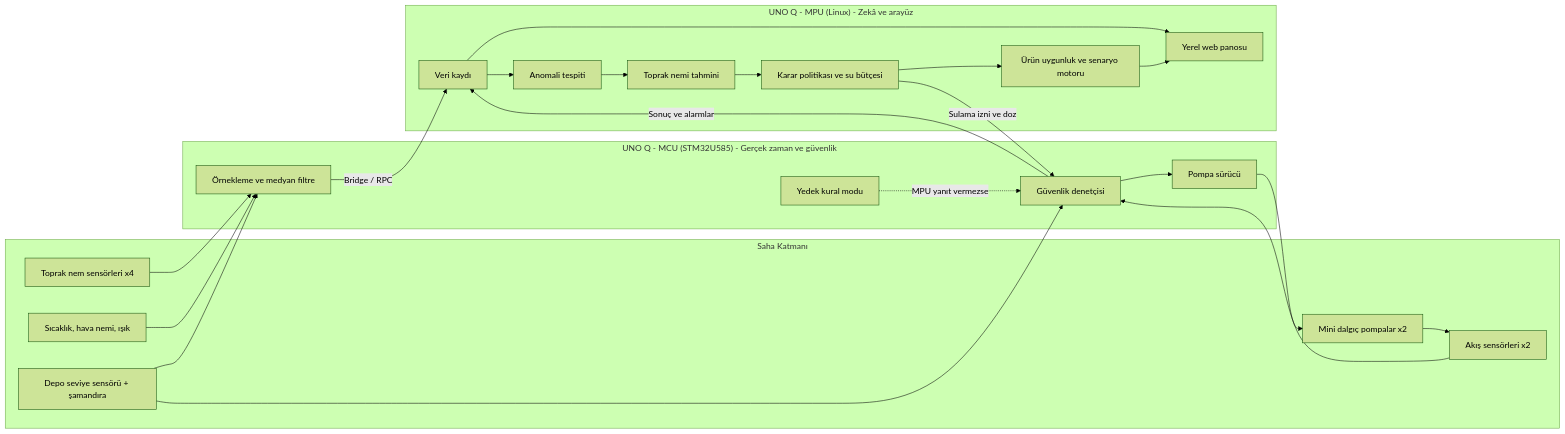
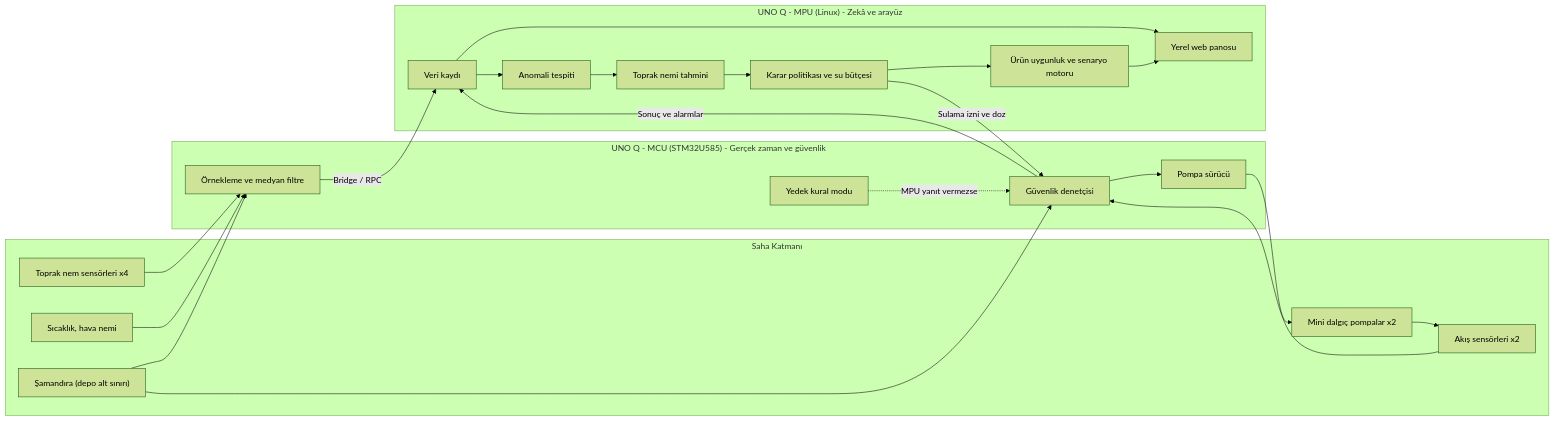
One commit to Berceste-Team/Su-z changed the first of 3 diagrams in README.md. Above: the diagram before and after it, drawn with Mermaid (forest theme). The commit also changed other lines of this file and 1 other file, not shown here.

````diff
--- a/README.md
+++ b/README.md
@@ -187,45 +187,45 @@
 ```mermaid
 flowchart LR
     subgraph SAHA["Saha Katmanı"]
         SOIL["Toprak nem sensörleri x4"]
-        ENV["Sıcaklık, hava nemi, ışık"]
-        LVL["Depo seviye sensörü + şamandıra"]
+        ENV["Sıcaklık, hava nemi"]
+        LVL["Şamandıra (depo alt sınırı)"]
         FLOW["Akış sensörleri x2"]
         PUMP["Mini dalgıç pompalar x2"]
     end
 
     subgraph MCU["UNO Q - MCU (STM32U585) - Gerçek zaman ve güvenlik"]
         READ["Örnekleme ve medyan filtre"]
         SAFE["Güvenlik denetçisi"]
         DRIVE["Pompa sürücü"]
         BACKUP["Yedek kural modu"]
     end
 
     subgraph MPU["UNO Q - MPU (Linux) - Zekâ ve arayüz"]
         LOG["Veri kaydı"]
         ANOM["Anomali tespiti"]
         FORE["Toprak nemi tahmini"]
         POLICY["Karar politikası ve su bütçesi"]
         CROP["Ürün uygunluk ve senaryo motoru"]
         DASH["Yerel web panosu"]
     end
 
     SOIL --> READ
     ENV --> READ
     LVL --> READ
     LVL --> SAFE
     FLOW --> SAFE
     READ -->|"Bridge / RPC"| LOG
     LOG --> ANOM
     ANOM --> FORE
     FORE --> POLICY
     POLICY --> CROP
     POLICY -->|"Sulama izni ve doz"| SAFE
     SAFE --> DRIVE
     DRIVE --> PUMP
     PUMP --> FLOW
     SAFE -->|"Sonuç ve alarmlar"| LOG
     BACKUP -.->|"MPU yanıt vermezse"| SAFE
     LOG --> DASH
     CROP --> DASH
 ```
````
